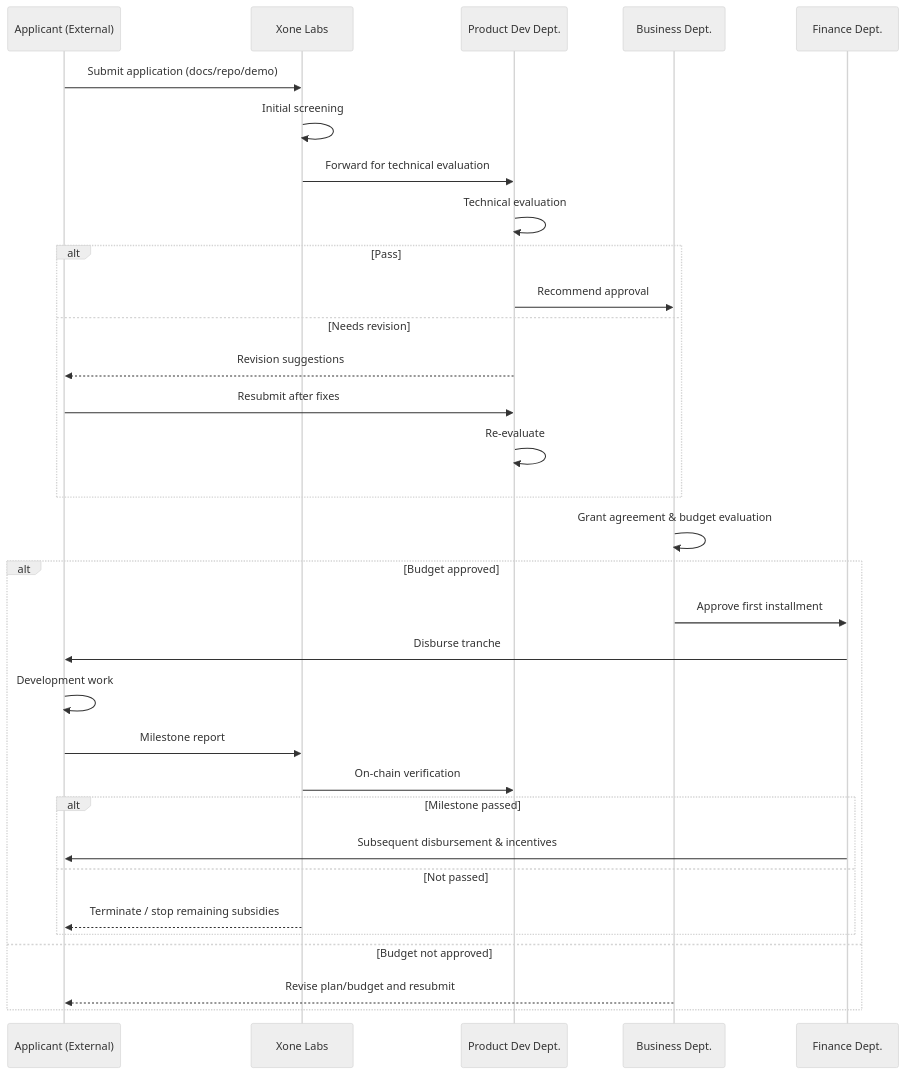
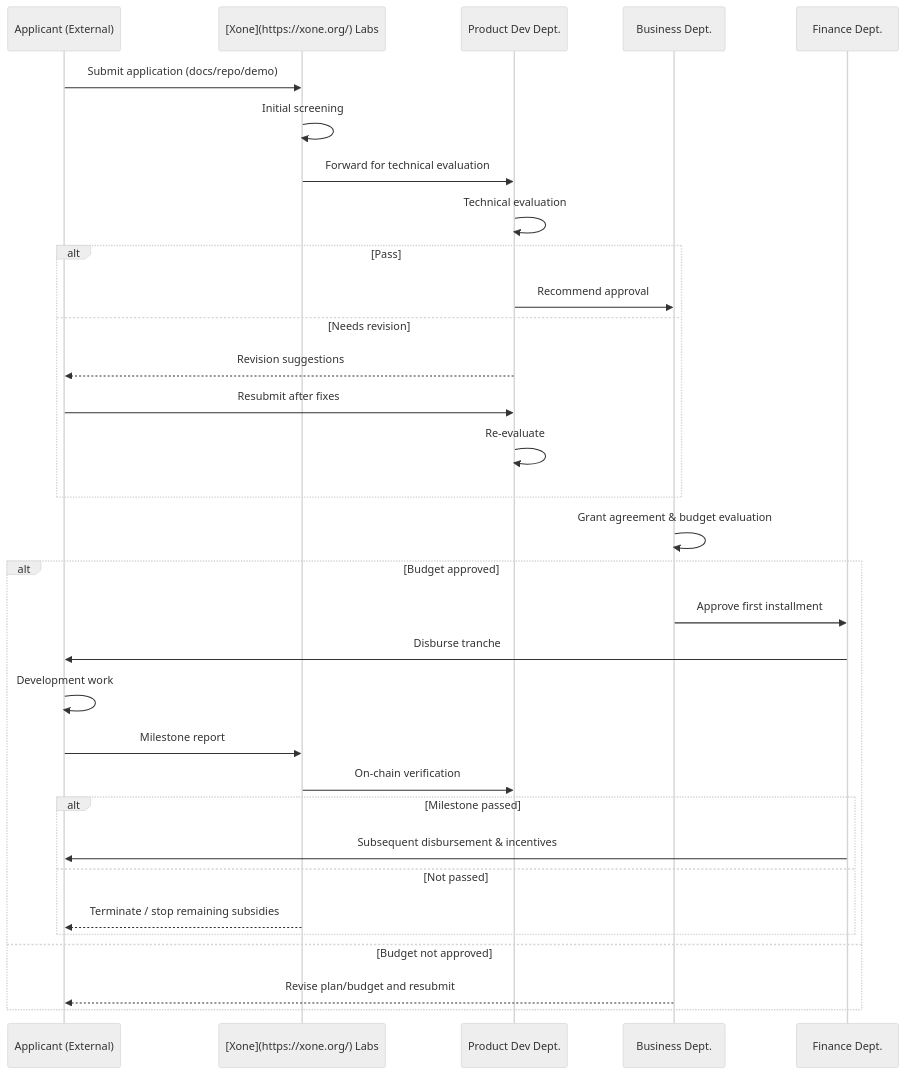
One commit to hello-xone/official_docs changed the diagram in pages/study/grants.mdx. Above: the diagram before and after it, drawn with Mermaid. The commit also changed other lines of this file and 171 other files, not shown here.

````diff
--- a/pages/study/grants.mdx
+++ b/pages/study/grants.mdx
@@ -432,44 +434,44 @@
 ```mermaid
 ---
 config:
   look: handDrawn
   theme: neutral
 ---
 sequenceDiagram
   participant Applicant as Applicant (External)
-  participant XoneLabs as Xone Labs
+  participant XoneLabs as [Xone](https://xone.org/) Labs
   participant Product as Product Dev Dept.
   participant Business as Business Dept.
   participant Finance as Finance Dept.
 
   Applicant->>XoneLabs: Submit application (docs/repo/demo)
   XoneLabs->>XoneLabs: Initial screening
   XoneLabs->>Product: Forward for technical evaluation
 
   Product->>Product: Technical evaluation
   alt Pass
       Product->>Business: Recommend approval
   else Needs revision
       Product-->>Applicant: Revision suggestions
       Applicant->>Product: Resubmit after fixes
       Product->>Product: Re-evaluate
   end
 
   Business->>Business: Grant agreement & budget evaluation
   alt Budget approved
       Business->>Finance: Approve first installment
       Finance->>Applicant: Disburse tranche #1
 
       Applicant->>Applicant: Development work
       Applicant->>XoneLabs: Milestone report
       XoneLabs->>Product: On-chain verification
 
       alt Milestone passed
           Finance->>Applicant: Subsequent disbursement & incentives
       else Not passed
           XoneLabs-->>Applicant: Terminate / stop remaining subsidies
       end
   else Budget not approved
       Business-->>Applicant: Revise plan/budget and resubmit
   end
 ```
````
